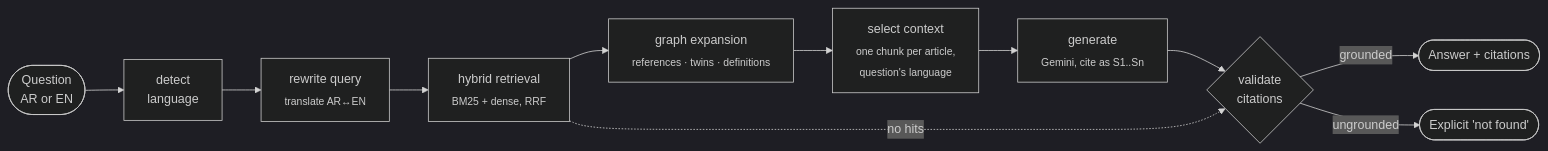
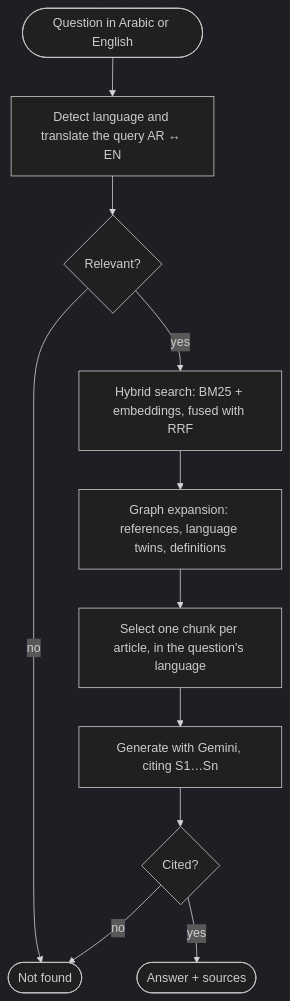
Before and after one commit to valentinakiyungi/sanad: the diagram in README.md, drawn with Mermaid (dark theme). The commit also changed other lines of this file and 3 other files, not shown here.

````diff
--- a/README.md
+++ b/README.md
@@ -49,13 +56,13 @@
 ```mermaid
-flowchart LR
-    Q([Question<br/>AR or EN]) --> D[detect<br/>language]
-    D --> R[rewrite query<br/><sub>translate AR↔EN</sub>]
-    R --> H[hybrid retrieval<br/><sub>BM25 + dense, RRF</sub>]
-    H --> G[graph expansion<br/><sub>references · twins · definitions</sub>]
-    G --> C[select context<br/><sub>one chunk per article,<br/>question's language</sub>]
-    C --> A[generate<br/><sub>Gemini, cite as S1..Sn</sub>]
-    A --> V{validate<br/>citations}
-    V -->|grounded| OK([Answer + citations])
-    V -->|ungrounded| NF([Explicit 'not found'])
-    H -. no hits .-> V
+flowchart TD
+    Q([Question in Arabic or English]) --> D[Detect language and translate the query AR ↔ EN]
+    D --> G{Relevant?}
+    G -->|no| NF([Not found])
+    G -->|yes| H[Hybrid search: BM25 + embeddings, fused with RRF]
+    H --> K[Graph expansion: references, language twins, definitions]
+    K --> C[Select one chunk per article, in the question's language]
+    C --> A[Generate with Gemini, citing S1…Sn]
+    A --> V{Cited?}
+    V -->|yes| OK([Answer + sources])
+    V -->|no| NF
 ```
````
